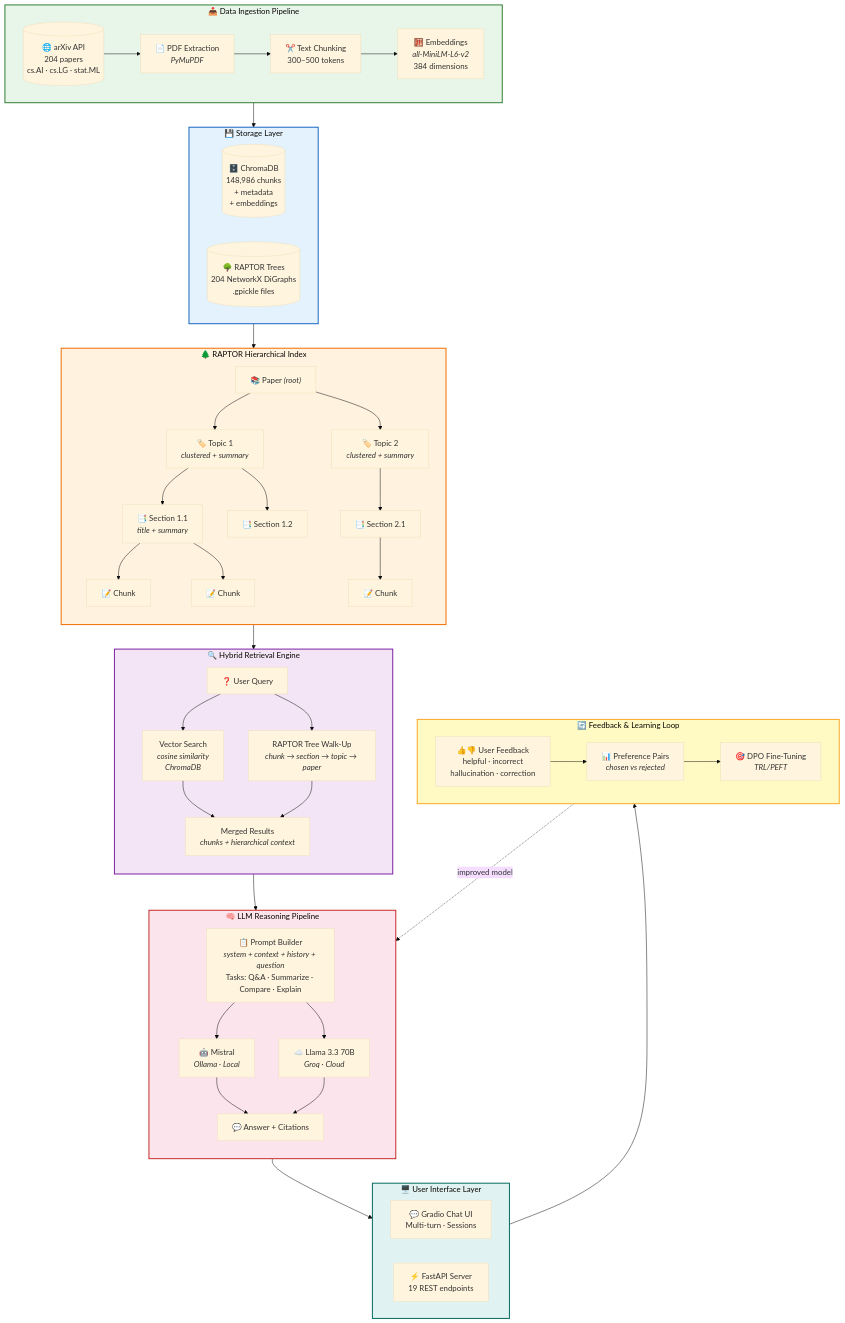
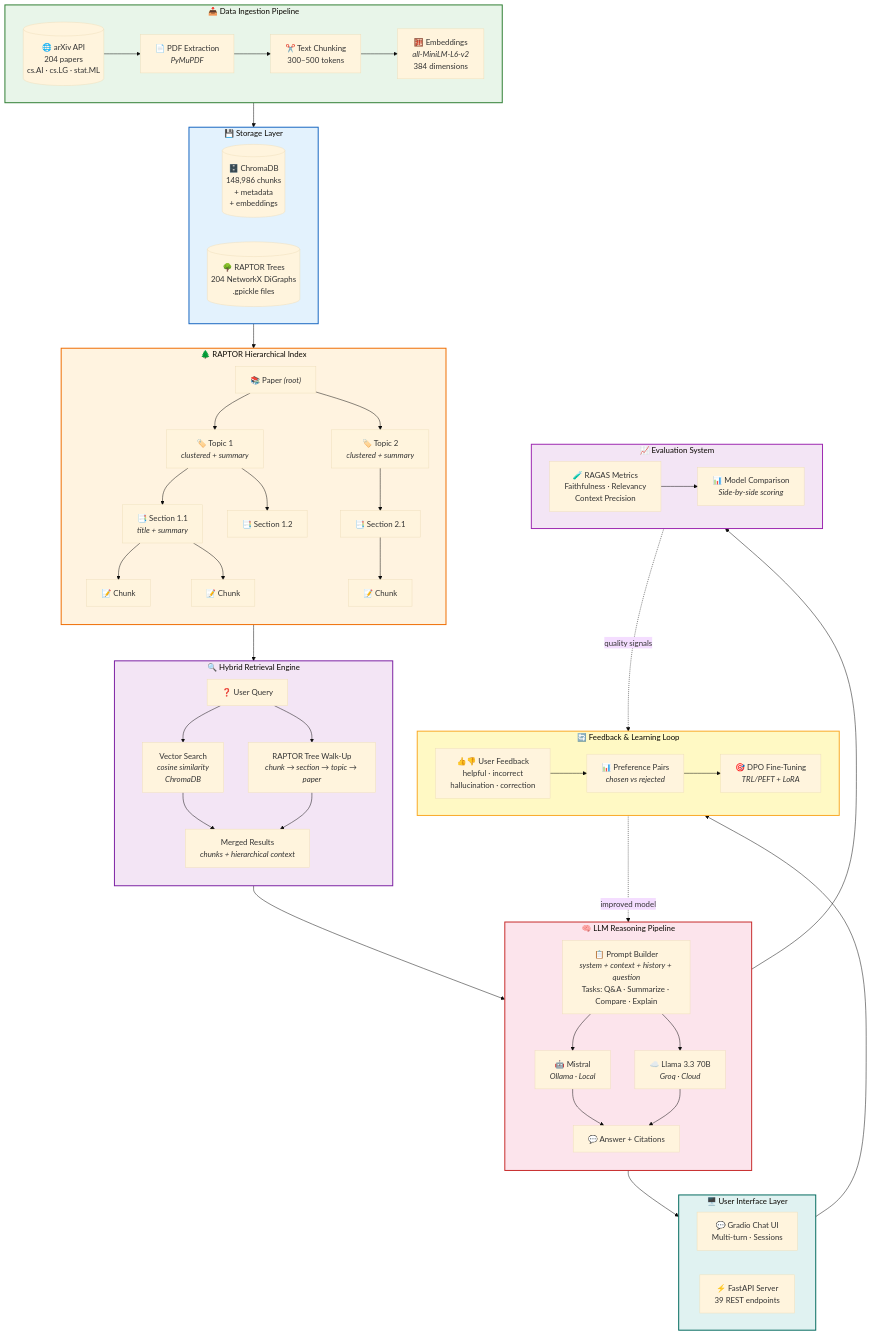
One commit to priyankmistry21699-web/raptor-research-assistant changed the first of 5 diagrams in README.md. Above: the diagram before and after it, drawn with Mermaid (base theme). The commit also changed other lines of this file and 12 other files, not shown here.

First line of the commit message:
Implement Sections 11-14: Preference Dataset, DPO Fine-Tuning, Learning Loop, RAGAS Evaluation

````diff
--- a/README.md
+++ b/README.md
@@ -37,7 +37,7 @@
         C4["📑 Section 1.1<br/><i>title + summary</i>"]
         C5["📑 Section 1.2"]
         C6["📑 Section 2.1"]
-        C7["📝 Chunk"] 
+        C7["📝 Chunk"]
         C8["📝 Chunk"]
         C9["📝 Chunk"]
         C1 --> C2 & C3
@@ -72,15 +72,22 @@
     subgraph INTERFACE["🖥️ User Interface Layer"]
         direction LR
         F1["💬 Gradio Chat UI<br/>Multi-turn · Sessions"]
-        F2["⚡ FastAPI Server<br/>19 REST endpoints"]
+        F2["⚡ FastAPI Server<br/>39 REST endpoints"]
     end
 
     subgraph FEEDBACK["🔄 Feedback & Learning Loop"]
         direction LR
         G1["👍👎 User Feedback<br/>helpful · incorrect<br/>hallucination · correction"]
         G2["📊 Preference Pairs<br/><i>chosen vs rejected</i>"]
-        G3["🎯 DPO Fine-Tuning<br/><i>TRL/PEFT</i>"]
+        G3["🎯 DPO Fine-Tuning<br/><i>TRL/PEFT + LoRA</i>"]
         G1 --> G2 --> G3
+    end
+
+    subgraph EVAL["📈 Evaluation System"]
+        direction LR
+        H1["🧪 RAGAS Metrics<br/>Faithfulness · Relevancy<br/>Context Precision"]
+        H2["📊 Model Comparison<br/><i>Side-by-side scoring</i>"]
+        H1 --> H2
     end
 
     INGESTION --> STORAGE
@@ -90,6 +97,8 @@
     REASONING --> INTERFACE
     INTERFACE --> FEEDBACK
     FEEDBACK -.->|"improved model"| REASONING
+    REASONING --> EVAL
+    EVAL -.->|"quality signals"| FEEDBACK
 
     style INGESTION fill:#e8f5e9,stroke:#2e7d32,stroke-width:2px
     style STORAGE fill:#e3f2fd,stroke:#1565c0,stroke-width:2px
@@ -98,4 +107,5 @@
     style REASONING fill:#fce4ec,stroke:#c62828,stroke-width:2px
     style INTERFACE fill:#e0f2f1,stroke:#00695c,stroke-width:2px
     style FEEDBACK fill:#fff9c4,stroke:#f9a825,stroke-width:2px
+    style EVAL fill:#f3e5f5,stroke:#9c27b0,stroke-width:2px
 ```
````
